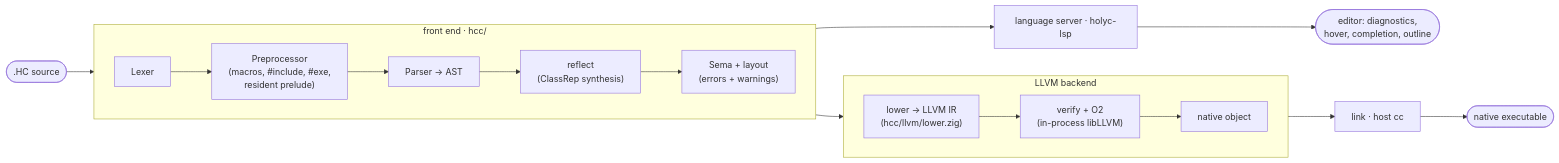
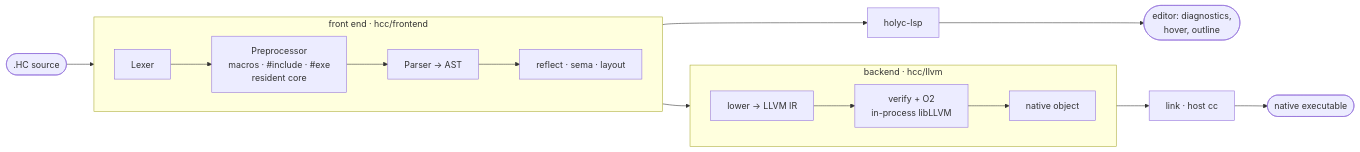
Before and after one commit to project-solomon/holyc: the diagram in README.md, drawn with Mermaid. The commit also changed other lines of this file and 52 other files, not shown here.

````diff
--- a/README.md
+++ b/README.md
@@ -131,25 +167,24 @@
 ```mermaid
 flowchart LR
   src([".HC source"]) --> fe
 
-  subgraph fe [front end · hcc/]
+  subgraph fe [front end · hcc/frontend]
     direction LR
-    lex["Lexer"] --> pp["Preprocessor<br/>(macros, #include, #exe,<br/>resident prelude)"]
+    lex["Lexer"] --> pp["Preprocessor<br/>macros · #include · #exe<br/>resident core"]
     pp --> parse["Parser → AST"]
-    parse --> refl["reflect<br/>(ClassRep synthesis)"]
-    refl --> sema["Sema + layout<br/>(errors + warnings)"]
+    parse --> sema["reflect · sema · layout"]
   end
 
-  sema --> lsp["language server · holyc-lsp"]
-  lsp --> editor([editor: diagnostics,<br/>hover, completion, outline])
+  sema --> lsp["holyc-lsp"]
+  lsp --> editor([editor: diagnostics,<br/>hover, outline])
 
-  subgraph be [LLVM backend]
+  subgraph be [backend · hcc/llvm]
     direction LR
-    low["lower → LLVM IR<br/>(hcc/llvm/lower.zig)"] --> opt["verify + O2<br/>(in-process libLLVM)"]
+    low["lower → LLVM IR"] --> opt["verify + O2<br/>in-process libLLVM"]
     opt --> objw["native object"]
   end
 
   sema --> low
   objw --> ld["link · host cc"]
   ld --> exe([native executable])
 ```
````
